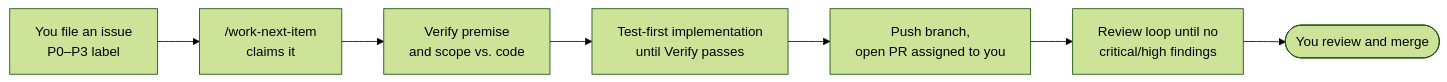
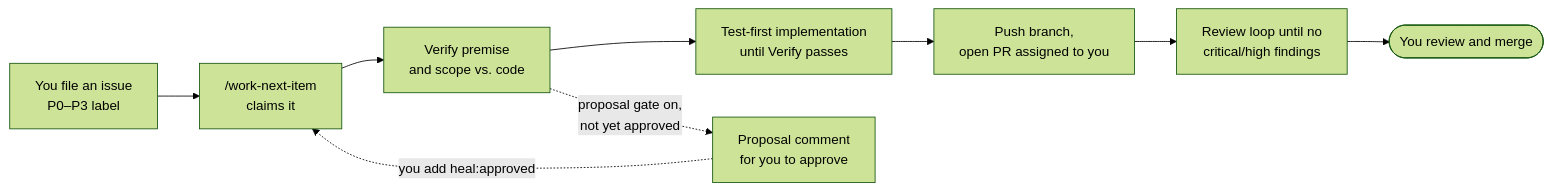
One commit to highhair20/backlog-loop changed the diagram in README.md. Above: the diagram before and after it, drawn with Mermaid (forest theme). The commit also changed other lines of this file, not shown here.

First line of the commit message:
docs: bring the README up to date with the routine, the gate, and refusals (#61)

````diff
--- a/README.md
+++ b/README.md
@@ -39,9 +39,11 @@
 ```mermaid
 flowchart LR
   A[You file an issue<br/>P0–P3 label] --> B["/work-next-item<br/>claims it"]
   B --> C[Verify premise<br/>and scope vs. code]
   C --> D[Test-first implementation<br/>until Verify passes]
+  C -. proposal gate on,<br/>not yet approved .-> P[Proposal comment<br/>for you to approve]
+  P -. you add heal:approved .-> B
   D --> E[Push branch,<br/>open PR assigned to you]
   E --> F[Review loop until no<br/>critical/high findings]
   F --> G([You review and merge])
 ```
````
